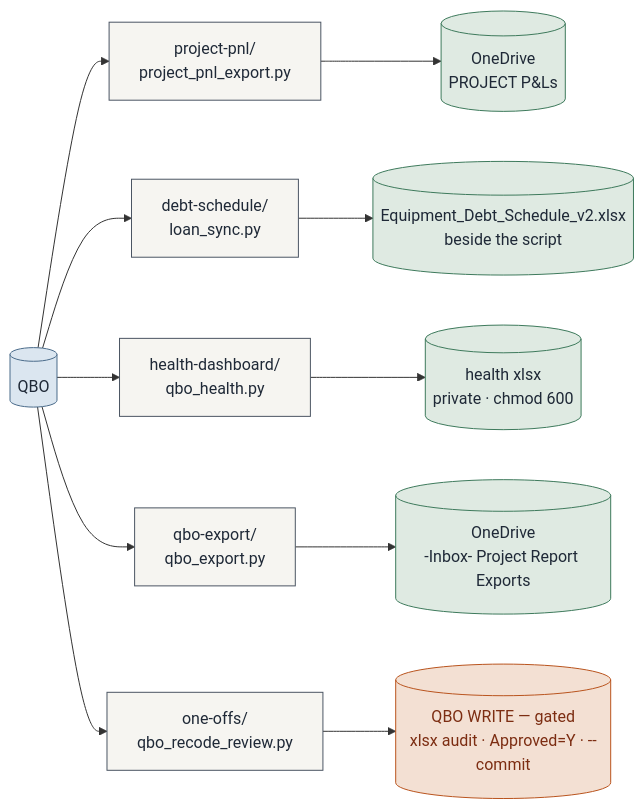
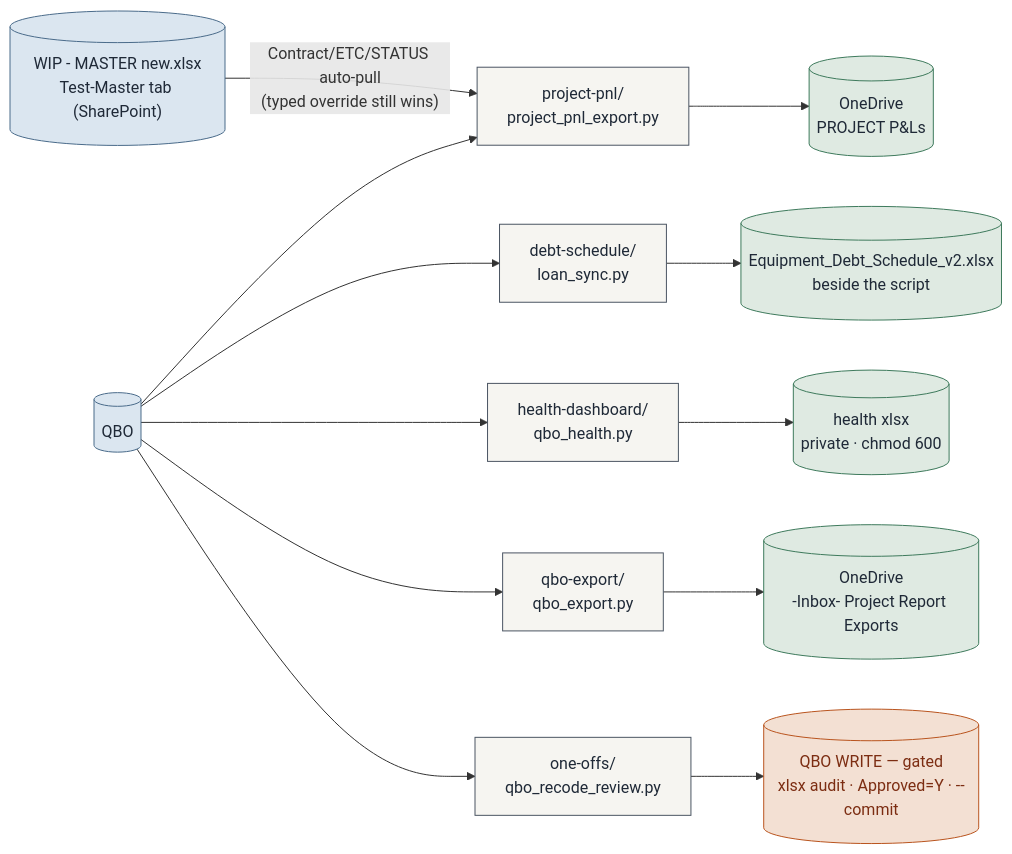
The fourth of 5 diagrams in docs/ARCHITECTURE.md (Ecarlo-Proficient/Claude-Report), drawn with Mermaid before and after one commit. The commit also changed other lines of this file and 5 other files, not shown here.

First line of the commit message:
health-dashboard: money_bleeds.py; shared/cost_lines.py; project-pnl auto-pull from Test-Master; AGENTS.md

````diff
--- a/docs/ARCHITECTURE.md
+++ b/docs/ARCHITECTURE.md
@@ -148,26 +149,28 @@
 ```mermaid
 flowchart LR
     classDef src fill:#dbe6f0,stroke:#4A6B8A,color:#1f2937
     classDef tool fill:#f6f5f1,stroke:#4b5563,color:#1f2937
     classDef out fill:#dfeae2,stroke:#3E7A5C,color:#1f2937
     classDef gate fill:#f3e0d3,stroke:#B9541E,color:#7c2d12
 
     QBO[("QBO")]:::src
+    WIPM[("WIP - MASTER new.xlsx\nTest-Master tab (SharePoint)")]:::src
     PNL["project-pnl/\nproject_pnl_export.py"]:::tool
     LOAN["debt-schedule/\nloan_sync.py"]:::tool
     HEALTH["health-dashboard/\nqbo_health.py"]:::tool
     EXP["qbo-export/\nqbo_export.py"]:::tool
     RECODE["one-offs/\nqbo_recode_review.py"]:::tool
 
     P1[("OneDrive\nPROJECT P&Ls")]:::out
     P2[("Equipment_Debt_Schedule_v2.xlsx\nbeside the script")]:::out
     P3[("health xlsx\nprivate · chmod 600")]:::out
     P4[("OneDrive\n-Inbox- Project Report Exports")]:::out
     P5[("QBO WRITE — gated\nxlsx audit · Approved=Y · --commit")]:::gate
 
     QBO --> PNL --> P1
+    WIPM -->|"Contract/ETC/STATUS auto-pull\n(typed override still wins)"| PNL
     QBO --> LOAN --> P2
     QBO --> HEALTH --> P3
     QBO --> EXP --> P4
     QBO --> RECODE --> P5
 ```
````
